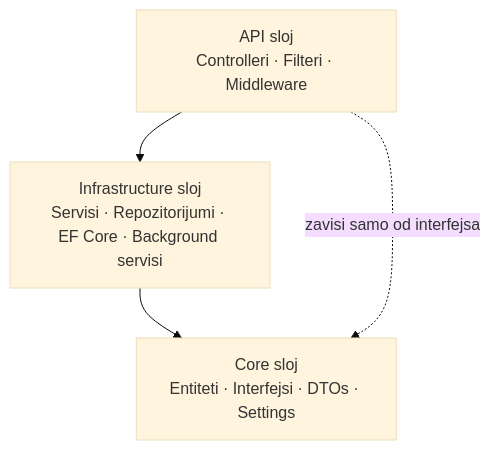
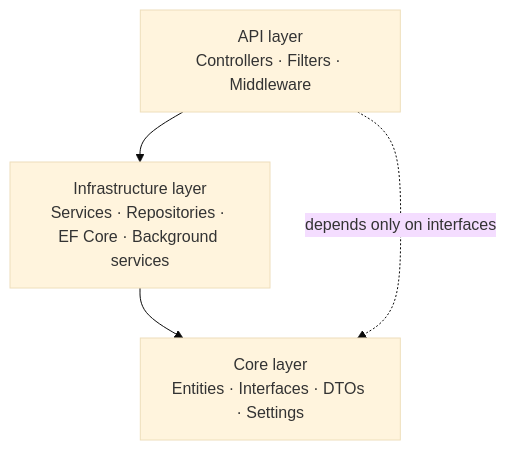
Before and after one commit to jevticn-dev/smart-resume-analyzer: the second of 3 diagrams in README.md, drawn with Mermaid (base theme). The commit also changed other lines of this file and 1 other file, not shown here.

````diff
--- a/README.md
+++ b/README.md
@@ -58,10 +58,10 @@
 ```mermaid
 graph TB
-    API["API sloj<br/>Controlleri · Filteri · Middleware"]
-    INF["Infrastructure sloj<br/>Servisi · Repozitorijumi · EF Core · Background servisi"]
-    CORE["Core sloj<br/>Entiteti · Interfejsi · DTOs · Settings"]
+    API["API layer<br/>Controllers · Filters · Middleware"]
+    INF["Infrastructure layer<br/>Services · Repositories · EF Core · Background services"]
+    CORE["Core layer<br/>Entities · Interfaces · DTOs · Settings"]
 
     API --> INF
     INF --> CORE
-    API -.->|"zavisi samo od interfejsa"| CORE
+    API -.->|"depends only on interfaces"| CORE
 ```
````
